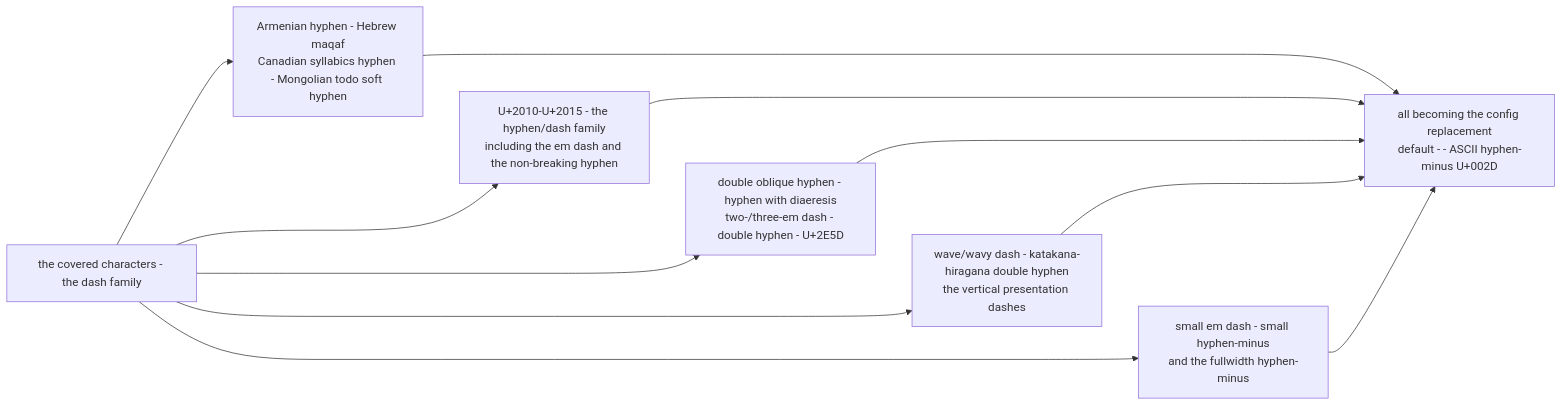
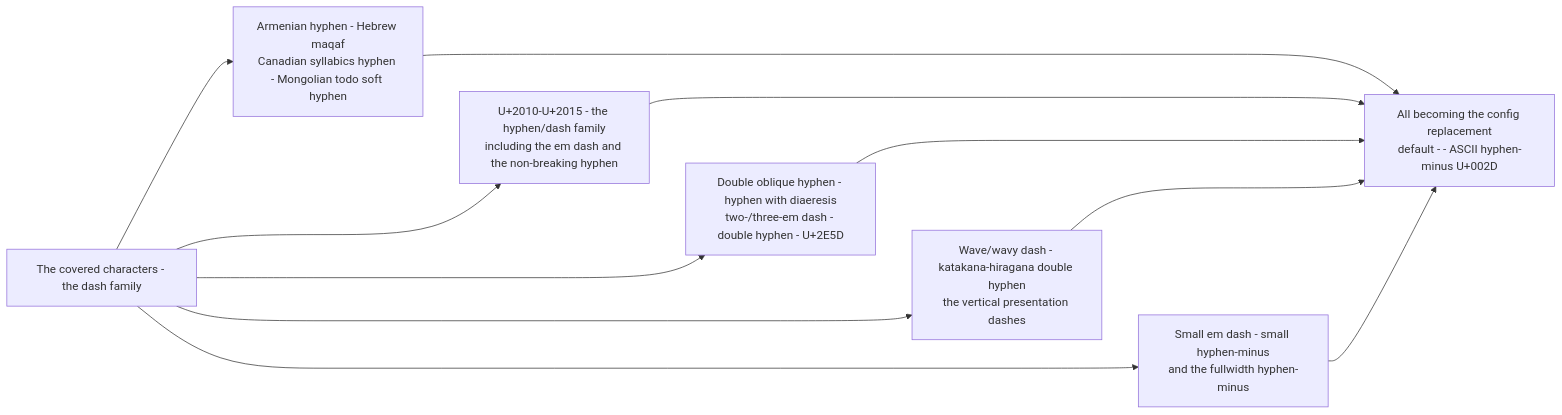
Before and after one commit to PlayForm/Site-DeepSeek: the diagram in Source/Content/Mermaid/dash-coverage.mmd, drawn with Mermaid. The commit also changed 221 other files, not shown here.

```diff
--- a/Source/Content/Mermaid/dash-coverage.mmd
+++ b/Source/Content/Mermaid/dash-coverage.mmd
@@ -1,17 +1,17 @@
 flowchart LR
-	FAMILY["the covered characters - the dash family"]
+	FAMILY["The covered characters - the dash family"]
 	C1["Armenian hyphen - Hebrew maqaf<br/>Canadian syllabics hyphen - Mongolian todo soft hyphen"]
 	C2["U+2010-U+2015 - the hyphen/dash family<br/>including the em dash and the non-breaking hyphen"]
-	C3["double oblique hyphen - hyphen with diaeresis<br/>two-/three-em dash - double hyphen - U+2E5D"]
-	C4["wave/wavy dash - katakana-hiragana double hyphen<br/>the vertical presentation dashes"]
-	C5["small em dash - small hyphen-minus<br/>and the fullwidth hyphen-minus"]
-	ALL["all becoming the config replacement<br/>default - - ASCII hyphen-minus U+002D"]
+	C3["Double oblique hyphen - hyphen with diaeresis<br/>two-/three-em dash - double hyphen - U+2E5D"]
+	C4["Wave/wavy dash - katakana-hiragana double hyphen<br/>the vertical presentation dashes"]
+	C5["Small em dash - small hyphen-minus<br/>and the fullwidth hyphen-minus"]
+	ALL["All becoming the config replacement<br/>default - - ASCII hyphen-minus U+002D"]
 	FAMILY --> C1 --> ALL
 	FAMILY --> C2 --> ALL
 	FAMILY --> C3 --> ALL
 	FAMILY --> C4 --> ALL
 	FAMILY --> C5 --> ALL
 	C1 ~~~ C2
 	C2 ~~~ C3
 	C3 ~~~ C4
 	C4 ~~~ C5
```
